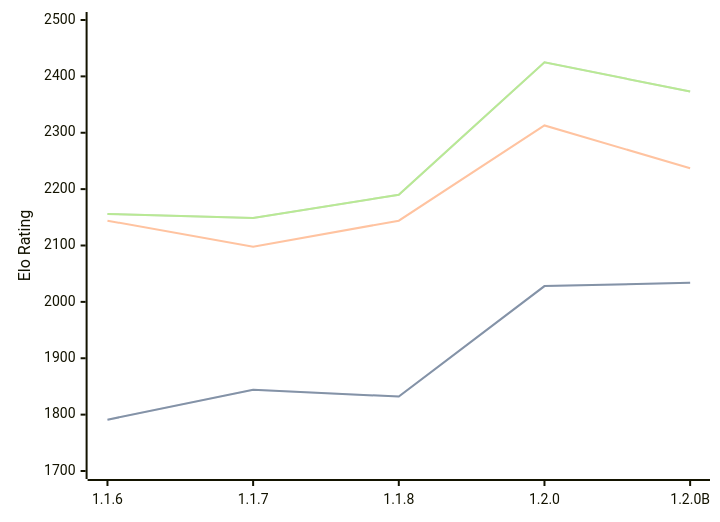
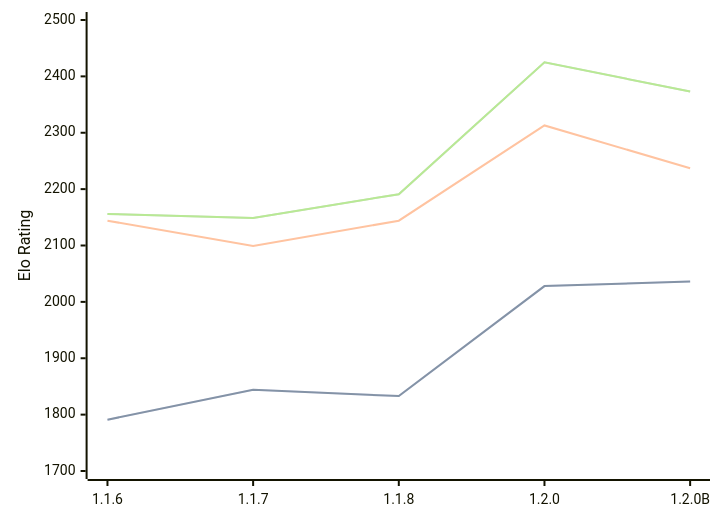
One commit to computer-chess-index/cci changed the diagram in engines/Soomi.md. Above: the diagram before and after it, drawn with Mermaid. The commit also changed other lines of this file, not shown here.

Commit message:
Update CCI Ratings (ELO VLTC) - 2026-08-24

````diff
--- a/engines/Soomi.md
+++ b/engines/Soomi.md
@@ -35,11 +35,11 @@
 ```mermaid
 %%{init: {"theme":"base","themeVariables":{"seriesColors:['#a3a3a3','#222221','#faa371']}}}%%
 xychart-beta
   x-axis ["1.1.6", "1.1.7", "1.1.8", "1.2.0", "1.2.0B"]
   y-axis "Elo Rating" 1700 --> 2500
-  line "STC (8.0+0.08s)" [1791, 1844, 1832, 2028, 2034]
-  line "STC (8.0+0.08s)" [1791, 1844, 1832, 2028, 2034]
-  line "LTC (60.0+0.60s)" [2144, 2098, 2144, 2313, 2237]
-  line "VLTC (2m24s+1.12s)" [2156, 2149, 2190, 2425, 2373]
-  line "VLTC (2m24s+1.12s)" [2156, 2149, 2190, 2425, 2373]
+  line "STC (8.0+0.08s)" [1791, 1844, 1833, 2028, 2036]
+  line "STC (8.0+0.08s)" [1791, 1844, 1833, 2028, 2036]
+  line "LTC (60.0+0.60s)" [2144, 2099, 2144, 2313, 2237]
+  line "VLTC (2m24s+1.12s)" [2156, 2149, 2191, 2425, 2373]
+  line "VLTC (2m24s+1.12s)" [2156, 2149, 2191, 2425, 2373]
 ```
````
